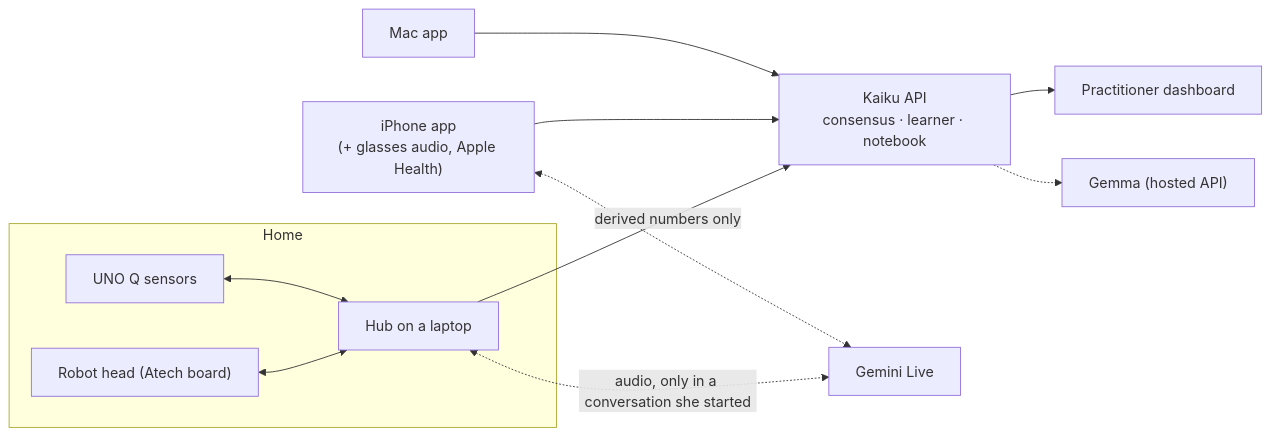
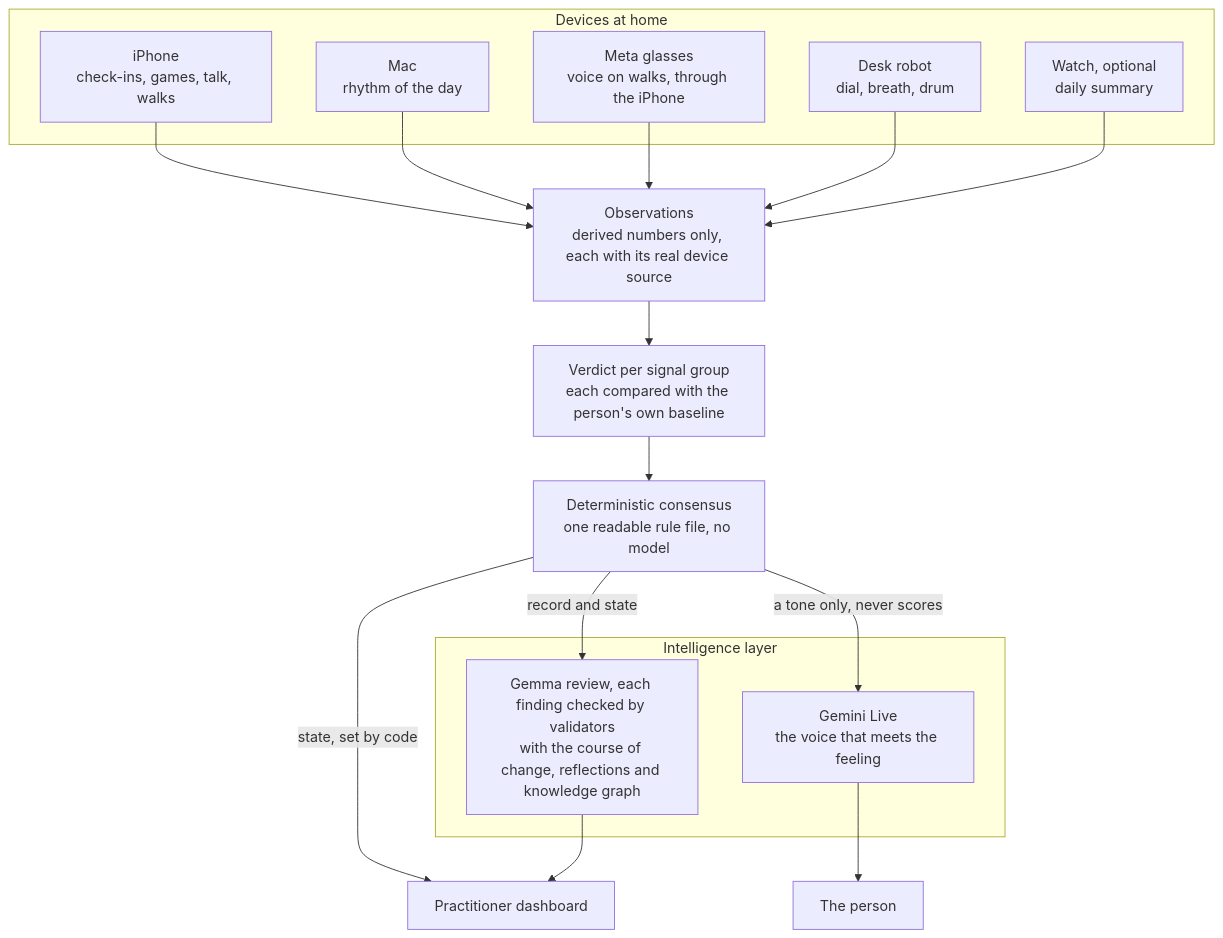
The diagram in README.md (Harrishayy/kaiku), drawn with Mermaid before and after one commit. The commit also changed other lines of this file and 97 other files, not shown here.

First line of the commit message:
Companion notices and acts: feel tool, passing-chat check-ins, robot follow mode, README with recordings

````diff
--- a/README.md
+++ b/README.md
@@ -113,14 +44,27 @@
 ```mermaid
-flowchart LR
-  subgraph home["Home"]
-    head["Robot head (Atech board)"] <--> hub["Hub on a laptop"]
-    sensors["UNO Q sensors"] <--> hub
+flowchart TD
+  subgraph home["Devices at home"]
+    phone["iPhone<br/>check-ins, games, talk, walks"]
+    mac["Mac<br/>rhythm of the day"]
+    glasses["Meta glasses<br/>voice on walks, through the iPhone"]
+    robot["Desk robot<br/>dial, breath, drum"]
+    watch["Watch, optional<br/>daily summary"]
   end
-  hub -->|"derived numbers only"| cloud["Kaiku API<br/>consensus · learner · notebook"]
-  phone["iPhone app<br/>(+ glasses audio, Apple Health)"] --> cloud
-  mac["Mac app"] --> cloud
-  cloud --> dash["Practitioner dashboard"]
-  hub <-.->|"audio, only in a conversation she started"| live["Gemini Live"]
-  phone <-.-> live
-  cloud -.-> gemma["Gemma (hosted API)"]
+  phone --> obs
+  mac --> obs
+  glasses --> obs
+  robot --> obs
+  watch --> obs
+  obs["Observations<br/>derived numbers only, each with its real device source"]
+  obs --> verdict["Verdict per signal group<br/>each compared with the person's own baseline"]
+  verdict --> consensus["Deterministic consensus<br/>one readable rule file, no model"]
+  subgraph intel["Intelligence layer"]
+    review["Gemma review, each finding checked by validators<br/>with the course of change, reflections and knowledge graph"]
+    live["Gemini Live<br/>the voice that meets the feeling"]
+  end
+  consensus -->|"record and state"| review
+  consensus -->|"a tone only, never scores"| live
+  consensus -->|"state, set by code"| dash
+  review --> dash["Practitioner dashboard"]
+  live --> person["The person"]
 ```
````
